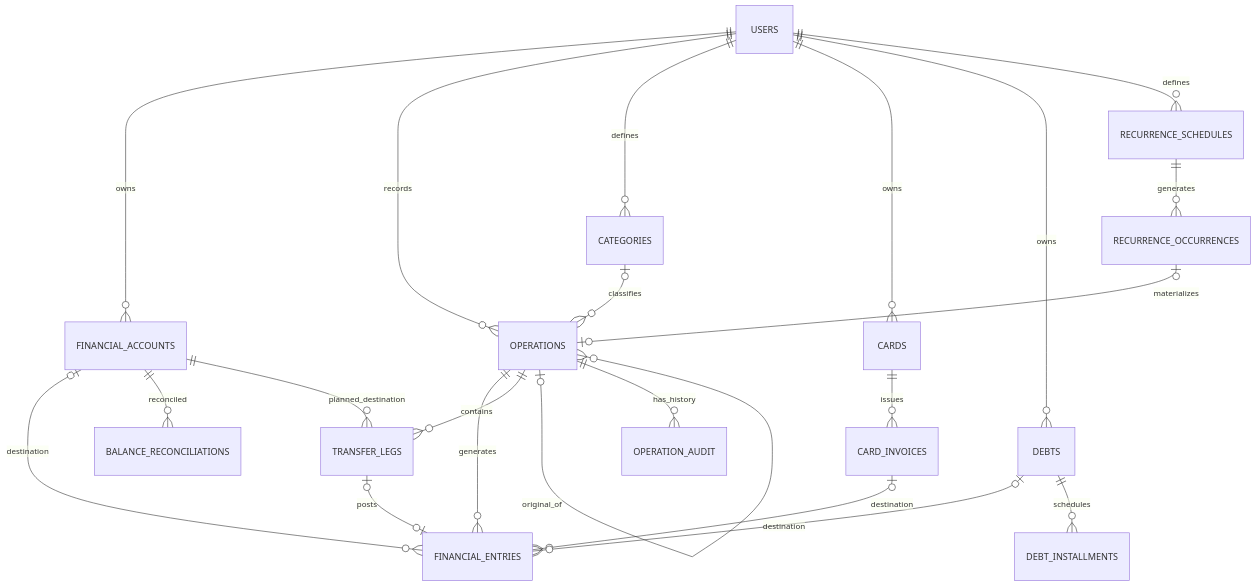
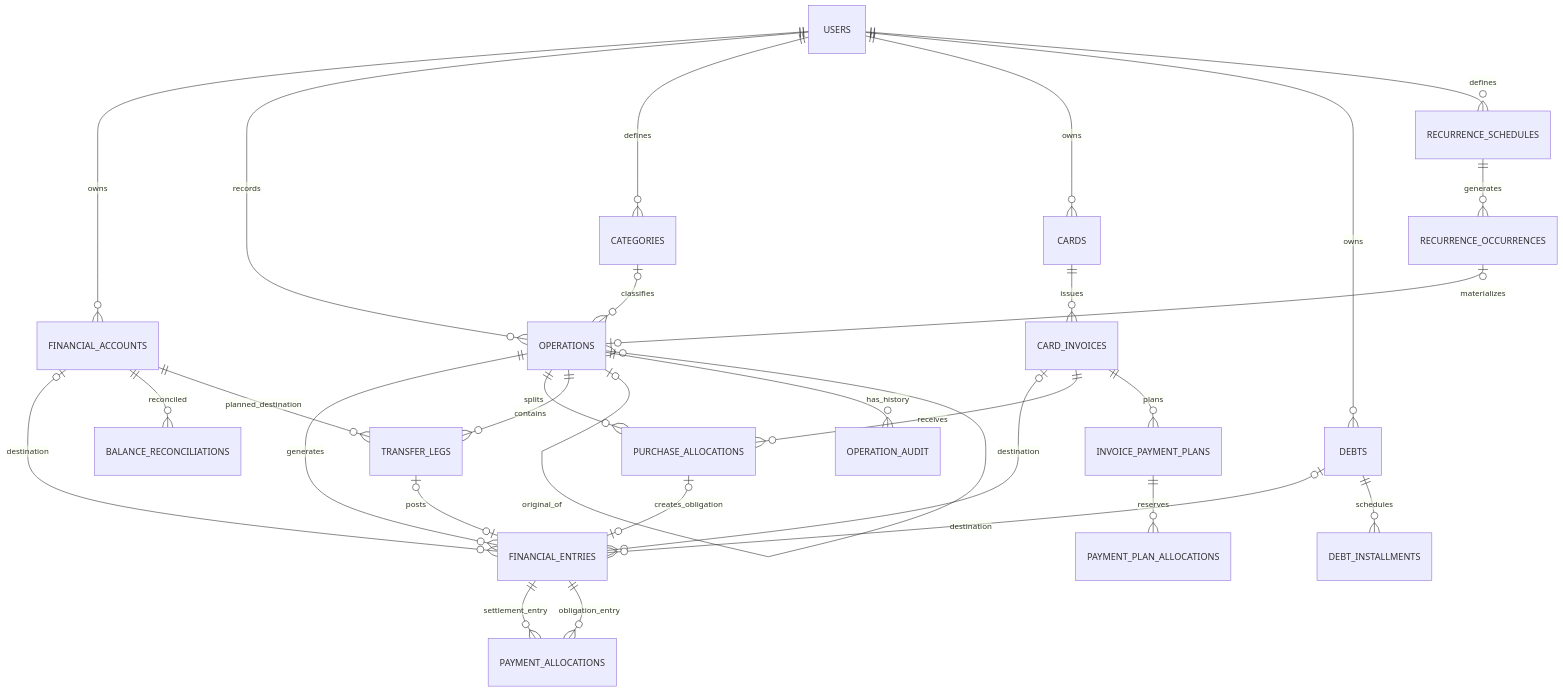
One commit to lc-curto/Orbe changed the diagram in 07-modelo-er.md. Above: the diagram before and after it, drawn with Mermaid. The commit also changed other lines of this file, not shown here.

Commit message:
docs(data): consolidar modelo ER de cartões e pagamentos

````diff
--- a/07-modelo-er.md
+++ b/07-modelo-er.md
@@ -21,30 +21,37 @@
 ```mermaid
 erDiagram
     USERS ||--o{ FINANCIAL_ACCOUNTS : owns
     USERS ||--o{ OPERATIONS : records
     USERS ||--o{ CATEGORIES : defines
     USERS ||--o{ CARDS : owns
     USERS ||--o{ DEBTS : owns
     USERS ||--o{ RECURRENCE_SCHEDULES : defines
 
     CATEGORIES o|--o{ OPERATIONS : classifies
 
     OPERATIONS ||--o{ FINANCIAL_ENTRIES : generates
     FINANCIAL_ACCOUNTS o|--o{ FINANCIAL_ENTRIES : destination
     CARDS ||--o{ CARD_INVOICES : issues
     CARD_INVOICES o|--o{ FINANCIAL_ENTRIES : destination
+    OPERATIONS ||--o{ PURCHASE_ALLOCATIONS : splits
+    CARD_INVOICES ||--o{ PURCHASE_ALLOCATIONS : receives
+    PURCHASE_ALLOCATIONS o|--o| FINANCIAL_ENTRIES : creates_obligation
+    CARD_INVOICES ||--o{ INVOICE_PAYMENT_PLANS : plans
+    INVOICE_PAYMENT_PLANS ||--o{ PAYMENT_PLAN_ALLOCATIONS : reserves
+    FINANCIAL_ENTRIES ||--o{ PAYMENT_ALLOCATIONS : settlement_entry
+    FINANCIAL_ENTRIES ||--o{ PAYMENT_ALLOCATIONS : obligation_entry
     DEBTS o|--o{ FINANCIAL_ENTRIES : destination
 
     DEBTS ||--o{ DEBT_INSTALLMENTS : schedules
     FINANCIAL_ACCOUNTS ||--o{ BALANCE_RECONCILIATIONS : reconciled
 
     RECURRENCE_SCHEDULES ||--o{ RECURRENCE_OCCURRENCES : generates
     RECURRENCE_OCCURRENCES o|--o| OPERATIONS : materializes
 
     OPERATIONS ||--o{ TRANSFER_LEGS : contains
     FINANCIAL_ACCOUNTS ||--o{ TRANSFER_LEGS : planned_destination
     TRANSFER_LEGS o|--o| FINANCIAL_ENTRIES : posts
 
     OPERATIONS o|--o{ OPERATIONS : original_of
     OPERATIONS ||--o{ OPERATION_AUDIT : has_history
 ```
````
